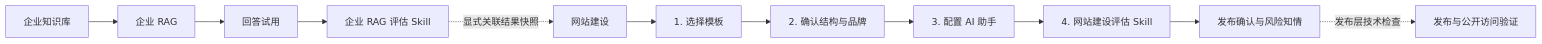
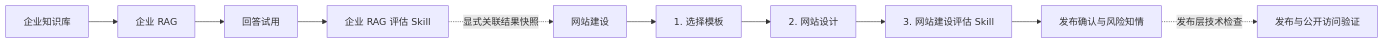
Before and after one commit to xiafanzeng/frontmind-brand: the diagram in module/client/dashboard/ai-website-preview/AI官网-流程与设计说明.md, drawn with Mermaid. The commit also changed other lines of this file and 15 other files, not shown here.

Commit message:
feat: merge website structure and assistant design flow

````diff
--- a/module/client/dashboard/ai-website-preview/AI官网-流程与设计说明.md
+++ b/module/client/dashboard/ai-website-preview/AI官网-流程与设计说明.md
@@ -63,13 +63,12 @@
 ```mermaid
 flowchart LR
   KB[企业知识库] --> RAG[企业 RAG]
   RAG --> QA[回答试用]
   QA --> RagReview[企业 RAG 评估 Skill]
   RagReview -. 显式关联结果快照 .-> Build[网站建设]
   Build --> T[1. 选择模板]
-  T --> S[2. 确认结构与品牌]
-  S --> A[3. 配置 AI 助手]
-  A --> E[4. 网站建设评估 Skill]
+  T --> D[2. 网站设计]
+  D --> E[3. 网站建设评估 Skill]
   E --> C[发布确认与风险知情]
   C -. 发布层技术检查 .-> P[发布与公开访问验证]
 ```
````
